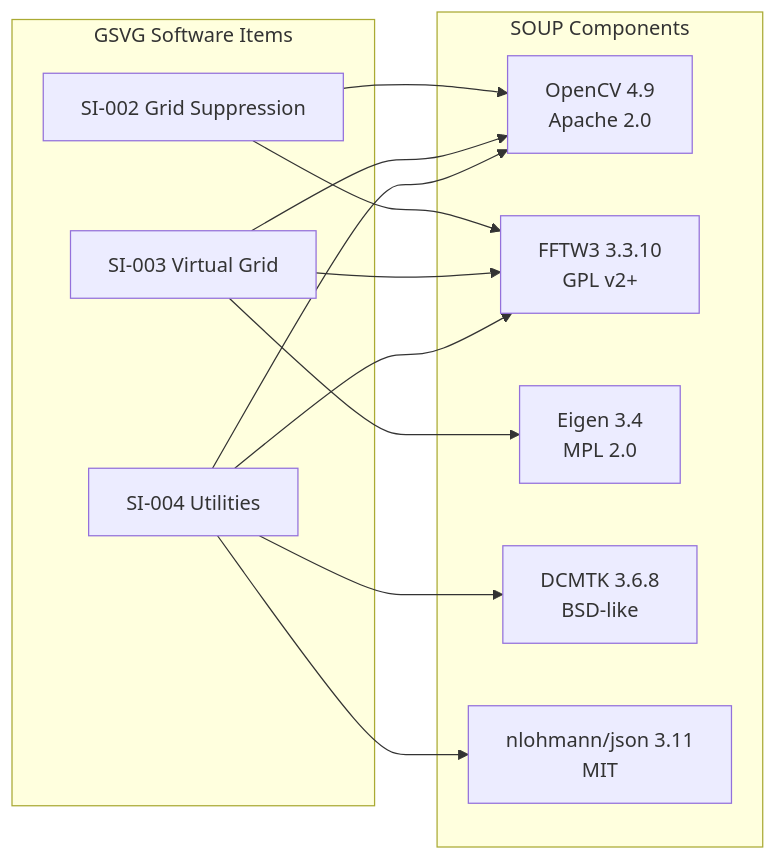
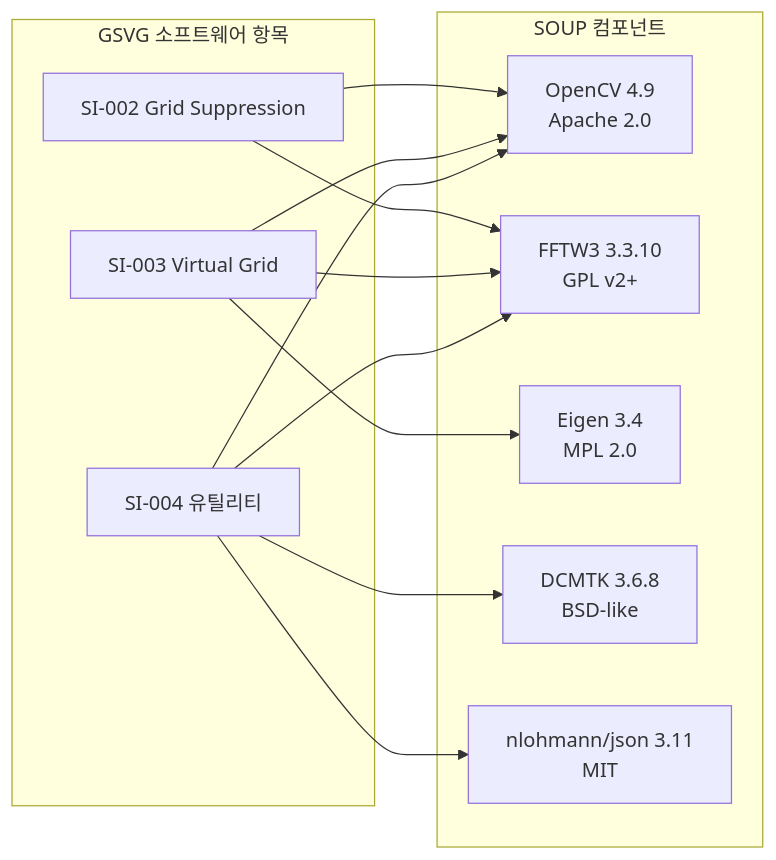
One commit to holee9/image-processing changed the fifth of 6 diagrams in docs/post-processing/gsvg/GSVG-SAD-001_Architecture.md. Above: the diagram before and after it, drawn with Mermaid. The commit also changed other lines of this file and 51 other files, not shown here.

````diff
--- a/docs/post-processing/gsvg/GSVG-SAD-001_Architecture.md
+++ b/docs/post-processing/gsvg/GSVG-SAD-001_Architecture.md
@@ -195,26 +195,26 @@
 ```mermaid
 graph LR
-    subgraph "GSVG Software Items"
+    subgraph "GSVG 소프트웨어 항목"
         SI002[SI-002 Grid Suppression]
         SI003[SI-003 Virtual Grid]
-        SI004[SI-004 Utilities]
+        SI004[SI-004 유틸리티]
     end
     
-    subgraph "SOUP Components"
+    subgraph "SOUP 컴포넌트"
         OCV[OpenCV 4.9<br/>Apache 2.0]
         FFTW[FFTW3 3.3.10<br/>GPL v2+]
         EIGEN[Eigen 3.4<br/>MPL 2.0]
         DCMTK[DCMTK 3.6.8<br/>BSD-like]
         JSON[nlohmann/json 3.11<br/>MIT]
     end
     
     SI002 --> FFTW
     SI002 --> OCV
     SI003 --> OCV
     SI003 --> EIGEN
     SI003 --> FFTW
     SI004 --> DCMTK
     SI004 --> OCV
     SI004 --> FFTW
     SI004 --> JSON
 ```
````
